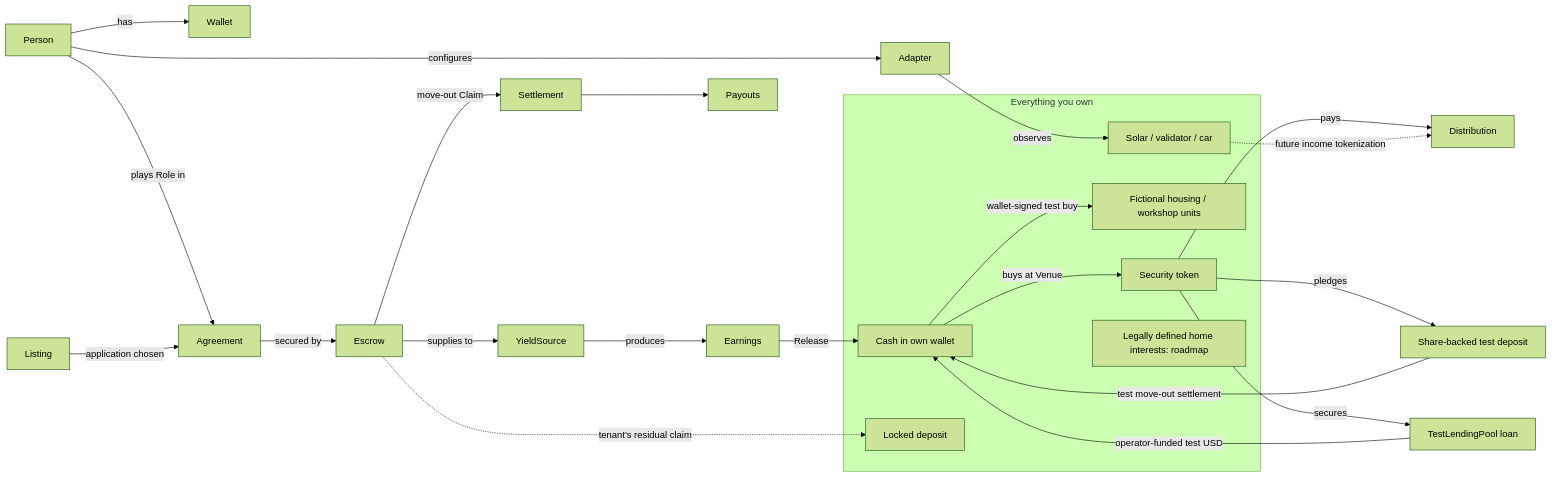
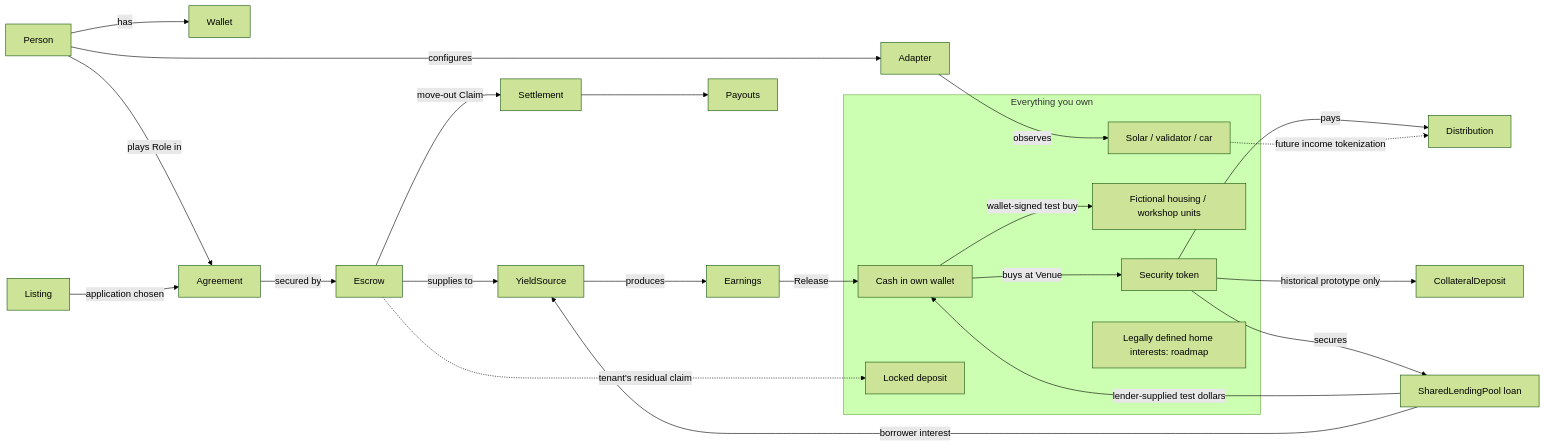
The first of 2 diagrams in docs/ONTOLOGY.md (GiraeffleAeffle/ledger-of-life), drawn with Mermaid (forest theme) before and after one commit. The commit also changed other lines of this file and 67 other files, not shown here.

````diff
--- a/docs/ONTOLOGY.md
+++ b/docs/ONTOLOGY.md
@@ -31,30 +31,30 @@
 ```mermaid
 flowchart LR
   P[Person] -- has --> W[Wallet]
   P -- plays Role in --> AG[Agreement]
   L[Listing] -- application chosen --> AG
   AG -- secured by --> E[Escrow]
   E -- supplies to --> Y[YieldSource]
   Y -- produces --> EA[Earnings]
   EA -- Release --> C[Cash in own wallet]
   C -- buys at Venue --> S[Security token]
   S -- pays --> D[Distribution]
-  S -- pledges --> CD[Share-backed test deposit]
-  CD -- test move-out settlement --> C
-  S -- secures --> BL[TestLendingPool loan]
-  BL -- operator-funded test USD --> C
+  S -- historical prototype only --> CD[CollateralDeposit]
+  S -- secures --> BL[SharedLendingPool loan]
+  BL -- lender-supplied test dollars --> C
+  BL -- borrower interest --> Y
   C -- wallet-signed test buy --> TU[Fictional housing / workshop units]
   E -- move-out Claim --> ST[Settlement] --> PO[Payouts]
   P -- configures --> AD[Adapter]
   AD -- observes --> DEV[Solar / validator / car]
   DEV -. future income tokenization .-> D
   subgraph Owned[Everything you own]
     C
     S
     LD[Locked deposit]
     DEV
     TU
     HS[Legally defined home interests: roadmap]
   end
   E -. tenant's residual claim .-> LD
 ```
````
